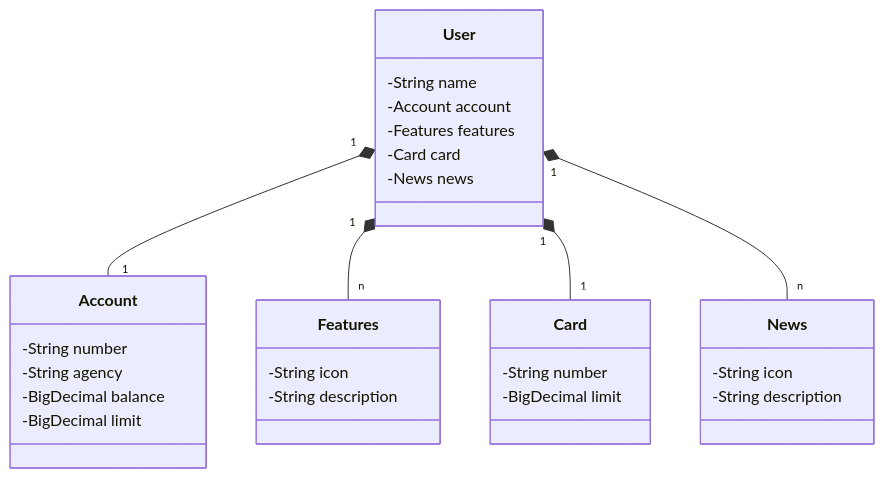
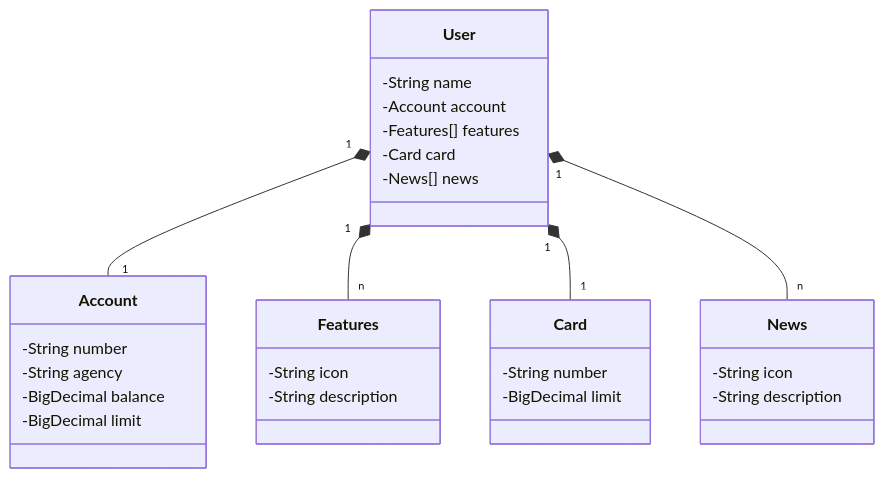
Before and after one commit to llimadev/santander-dev-week-2023: the diagram in README.md, drawn with Mermaid.

Commit message:
Corrected the readme file by adding correct notation to the lists.

````diff
--- a/README.md
+++ b/README.md
@@ -6,37 +6,37 @@
 ```mermaid
 classDiagram
     class User {
         -String name
         -Account account
-        -Features features
+        -Features[] features
         -Card card
-        -News news
+        -News[] news
     }
 
     class Account {
         -String number
         -String agency
         -BigDecimal balance
         -BigDecimal limit
     }
 
     class Features {
         -String icon
         -String description
     }
 
     class Card {
         -String number
         -BigDecimal limit
     }
 
     class News {
         -String icon
         -String description
     }
 
     User "1" *-- "1" Account
     User "1" *-- "n" Features
     User "1" *-- "1" Card
     User "1" *-- "n" News
 ```
````
